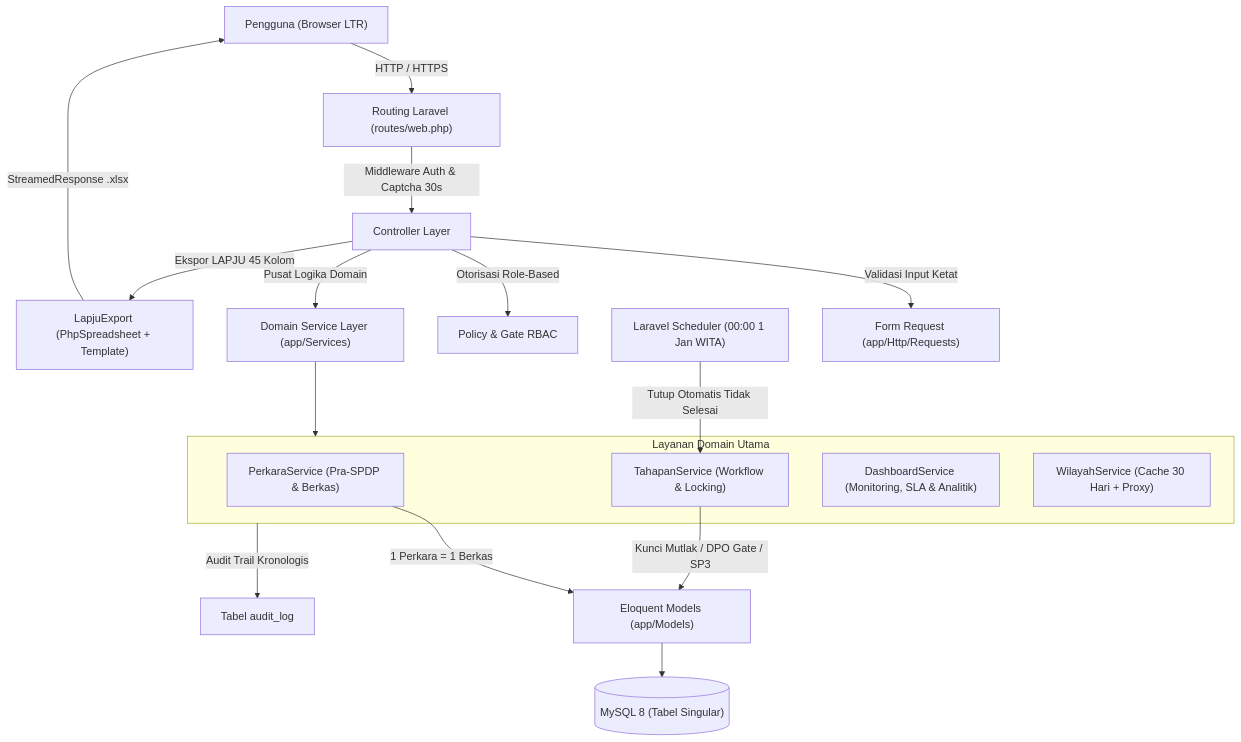
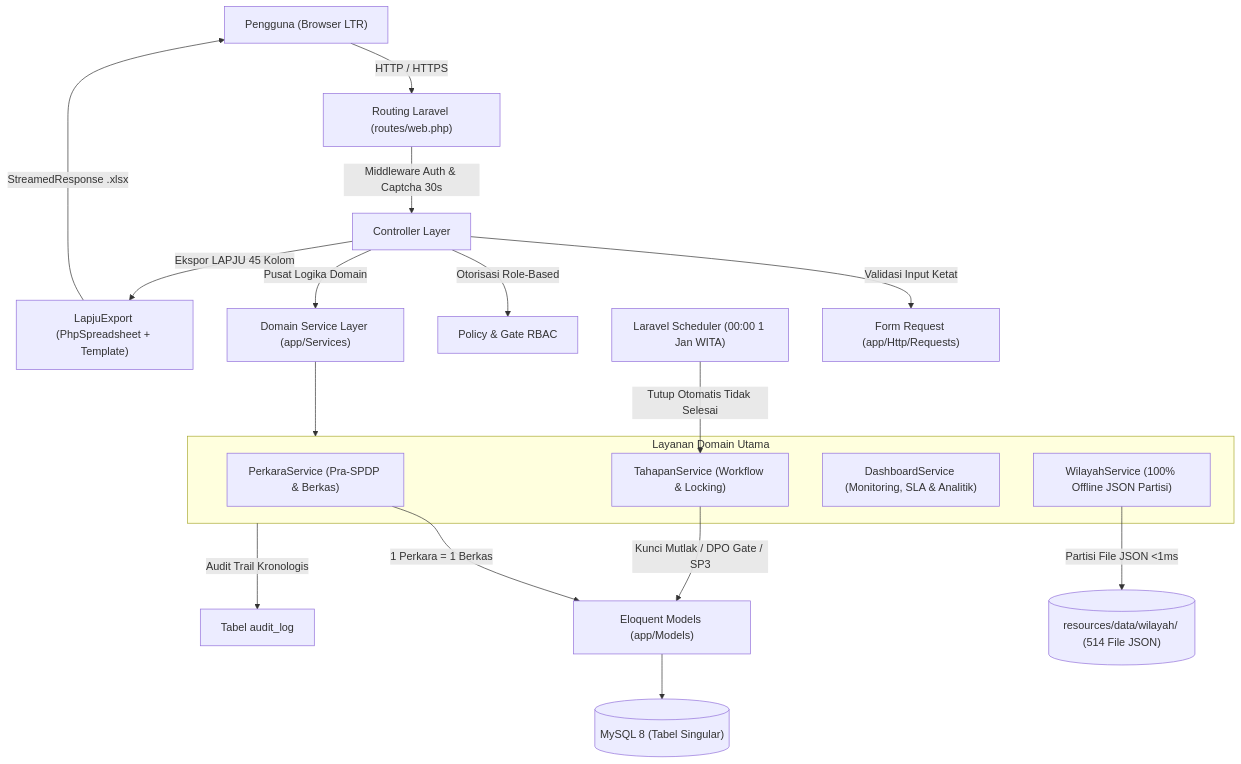
The first of 4 diagrams in ARCHITECTURE.md (waris-arjuna/BAPTwo), drawn with Mermaid before and after one commit. The commit also changed other lines of this file and 5 other files, not shown here.

````diff
--- a/ARCHITECTURE.md
+++ b/ARCHITECTURE.md
@@ -15,26 +15,27 @@
 ```mermaid
 flowchart TD
     U["Pengguna (Browser LTR)"] -->|HTTP / HTTPS| R["Routing Laravel (routes/web.php)"]
     R -->|Middleware Auth & Captcha 30s| C["Controller Layer"]
     C -->|Validasi Input Ketat| FR["Form Request (app/Http/Requests)"]
     C -->|Otorisasi Role-Based| P["Policy & Gate RBAC"]
     C -->|Pusat Logika Domain| S["Domain Service Layer (app/Services)"]
     
     subgraph Services ["Layanan Domain Utama"]
         PS["PerkaraService (Pra-SPDP & Berkas)"]
         TS["TahapanService (Workflow & Locking)"]
         DS["DashboardService (Monitoring, SLA & Analitik)"]
-        WS["WilayahService (Cache 30 Hari + Proxy)"]
+        WS["WilayahService (100% Offline JSON Partisi)"]
     end
     
     S --> Services
     PS -->|1 Perkara = 1 Berkas| M["Eloquent Models (app/Models)"]
     TS -->|Kunci Mutlak / DPO Gate / SP3| M
     M --> DB[("MySQL 8 (Tabel Singular)")]
     
+    WS -->|Partisi File JSON <1ms| WJ[("resources/data/wilayah/ (514 File JSON)")]
     Services -->|Audit Trail Kronologis| AL["Tabel audit_log"]
     SCH["Laravel Scheduler (00:00 1 Jan WITA)"] -->|Tutup Otomatis Tidak Selesai| TS
     
     C -->|Ekspor LAPJU 45 Kolom| EXP["LapjuExport (PhpSpreadsheet + Template)"]
     EXP -->|StreamedResponse .xlsx| U
 ```
````
